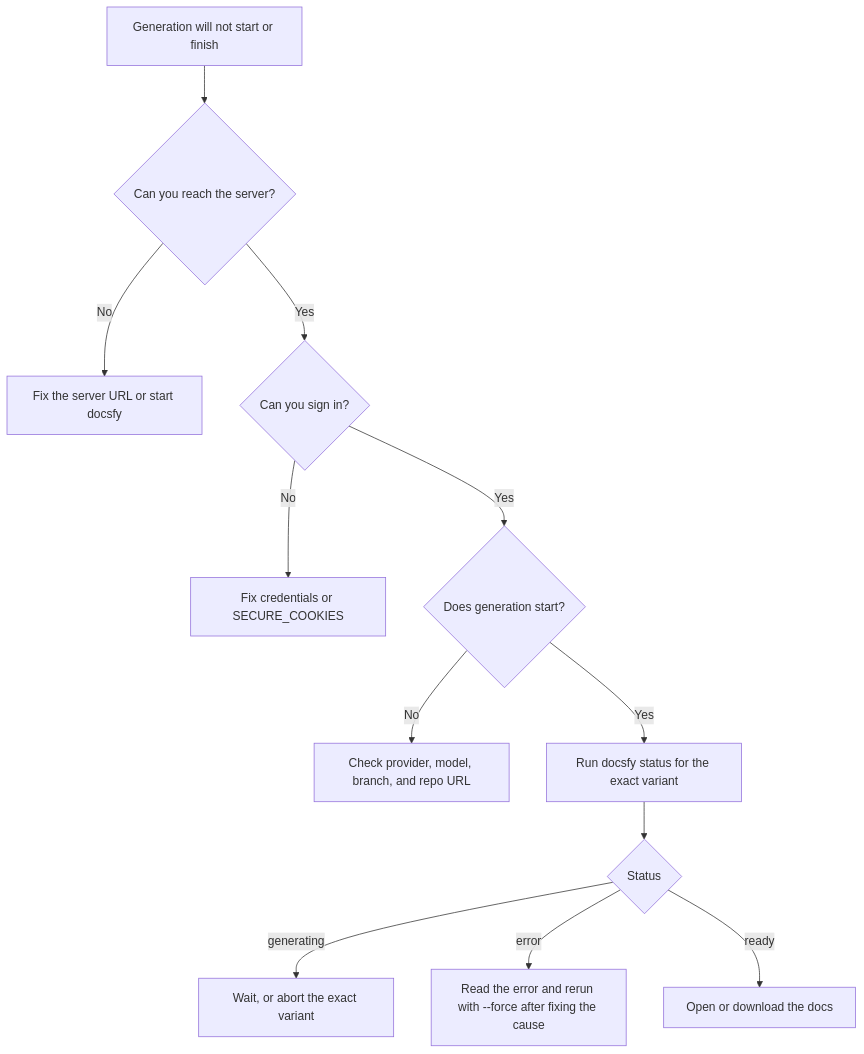
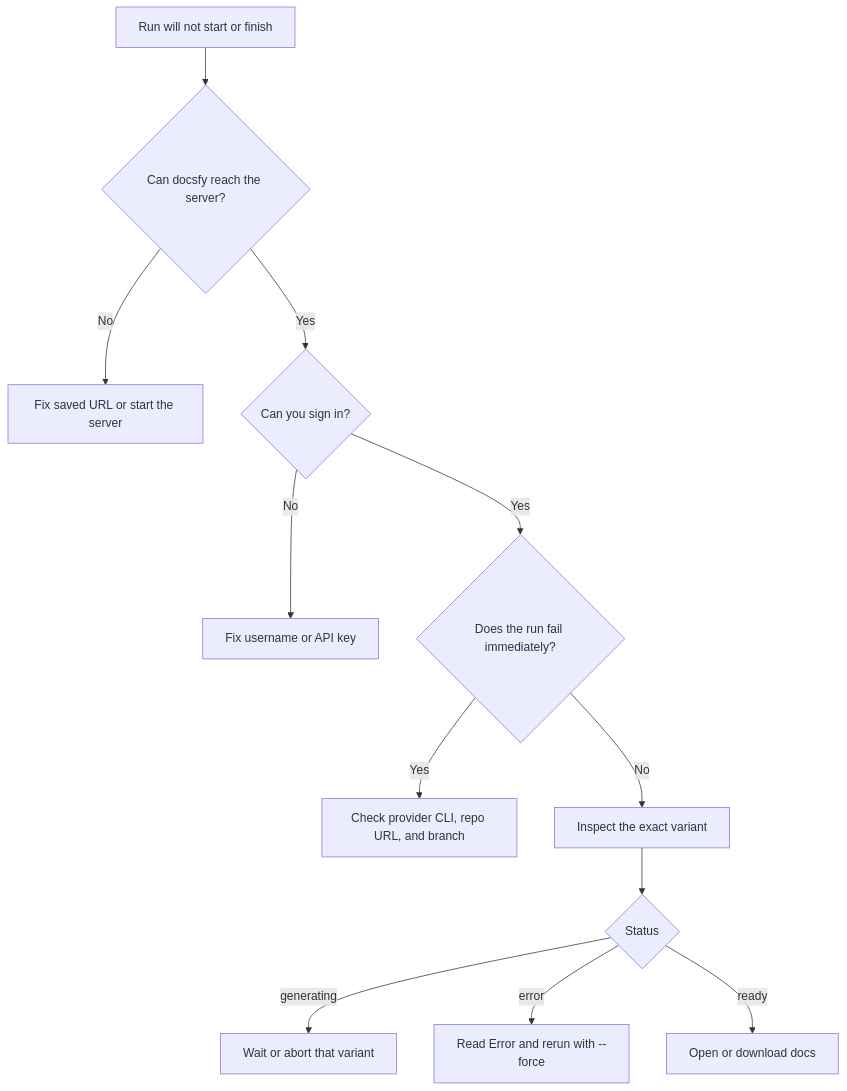
One commit to myk-org/docsfy changed the diagram in docs/fix-setup-and-generation-problems.md. Above: the diagram before and after it, drawn with Mermaid. The commit also changed other lines of this file and 42 other files, not shown here.

````diff
--- a/docs/fix-setup-and-generation-problems.md
+++ b/docs/fix-setup-and-generation-problems.md
@@ -22,14 +25,14 @@
 ```mermaid
 flowchart TD
-  A[Generation will not start or finish] --> B{Can you reach the server?}
-  B -->|No| C[Fix the server URL or start docsfy]
+  A[Run will not start or finish] --> B{Can docsfy reach the server?}
+  B -->|No| C[Fix saved URL or start the server]
   B -->|Yes| D{Can you sign in?}
-  D -->|No| E[Fix credentials or SECURE_COOKIES]
-  D -->|Yes| F{Does generation start?}
-  F -->|No| G[Check provider, model, branch, and repo URL]
-  F -->|Yes| H[Run docsfy status for the exact variant]
+  D -->|No| E[Fix username or API key]
+  D -->|Yes| F{Does the run fail immediately?}
+  F -->|Yes| G[Check provider CLI, repo URL, and branch]
+  F -->|No| H[Inspect the exact variant]
   H --> I{Status}
-  I -->|generating| J[Wait, or abort the exact variant]
-  I -->|error| K[Read the error and rerun with --force after fixing the cause]
-  I -->|ready| L[Open or download the docs]
+  I -->|generating| J[Wait or abort that variant]
+  I -->|error| K[Read Error and rerun with --force]
+  I -->|ready| L[Open or download docs]
 ```
````
